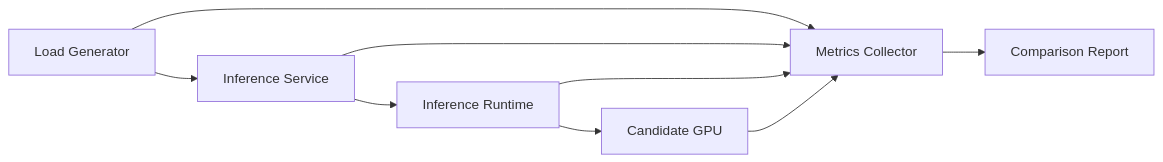
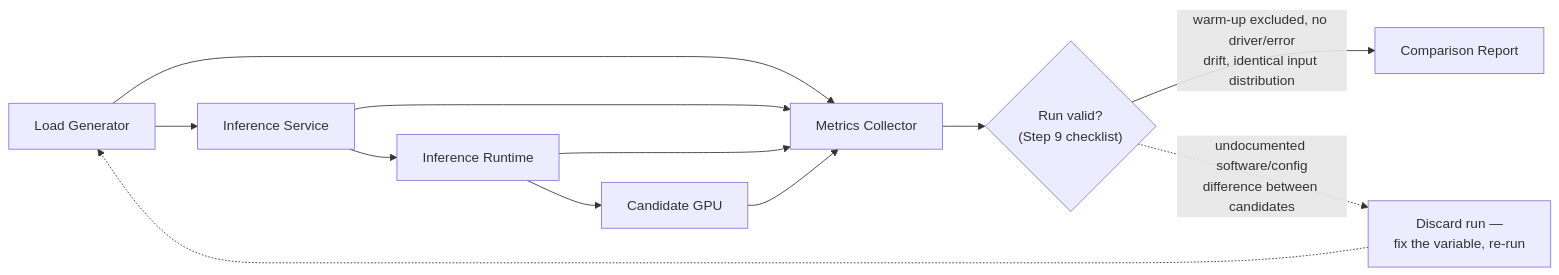
One commit to jithinpnjm/nvidia-devops changed the diagram in docs/nvidia-zero-to-hero/volume-04/labs/lab-02-benchmark-an-inference-accelerator-shortlist.md. Above: the diagram before and after it, drawn with Mermaid. The commit also changed other lines of this file and 1 other file, not shown here.

````diff
--- a/docs/nvidia-zero-to-hero/volume-04/labs/lab-02-benchmark-an-inference-accelerator-shortlist.md
+++ b/docs/nvidia-zero-to-hero/volume-04/labs/lab-02-benchmark-an-inference-accelerator-shortlist.md
@@ -44,16 +44,14 @@
 ```mermaid
 flowchart LR
-    Load[Load Generator]
-    Service[Inference Service]
-    Runtime[Inference Runtime]
-    GPU[Candidate GPU]
-    Metrics[Metrics Collector]
-    Report[Comparison Report]
-
-    Load --> Service --> Runtime --> GPU
-    Load --> Metrics
+    Load[Load Generator] --> Service[Inference Service]
+    Service --> Runtime[Inference Runtime]
+    Runtime --> GPU[Candidate GPU]
+    Load --> Metrics[Metrics Collector]
     Service --> Metrics
     Runtime --> Metrics
     GPU --> Metrics
-    Metrics --> Report
+    Metrics --> Valid{"Run valid?<br/>(Step 9 checklist)"}
+    Valid -->|"warm-up excluded, no driver/error<br/>drift, identical input distribution"| Report[Comparison Report]
+    Valid -.->|"undocumented software/config<br/>difference between candidates"| Discard["Discard run —<br/>fix the variable, re-run"]
+    Discard -.-> Load
 ```
````
